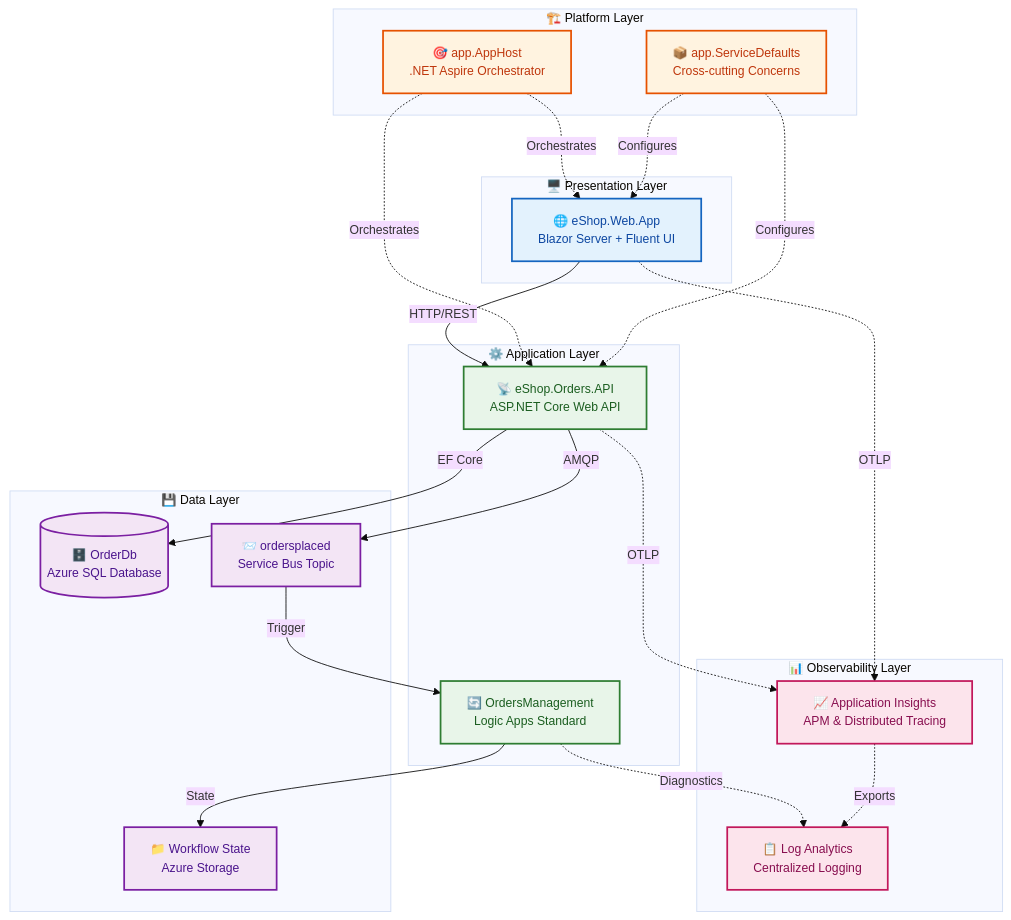
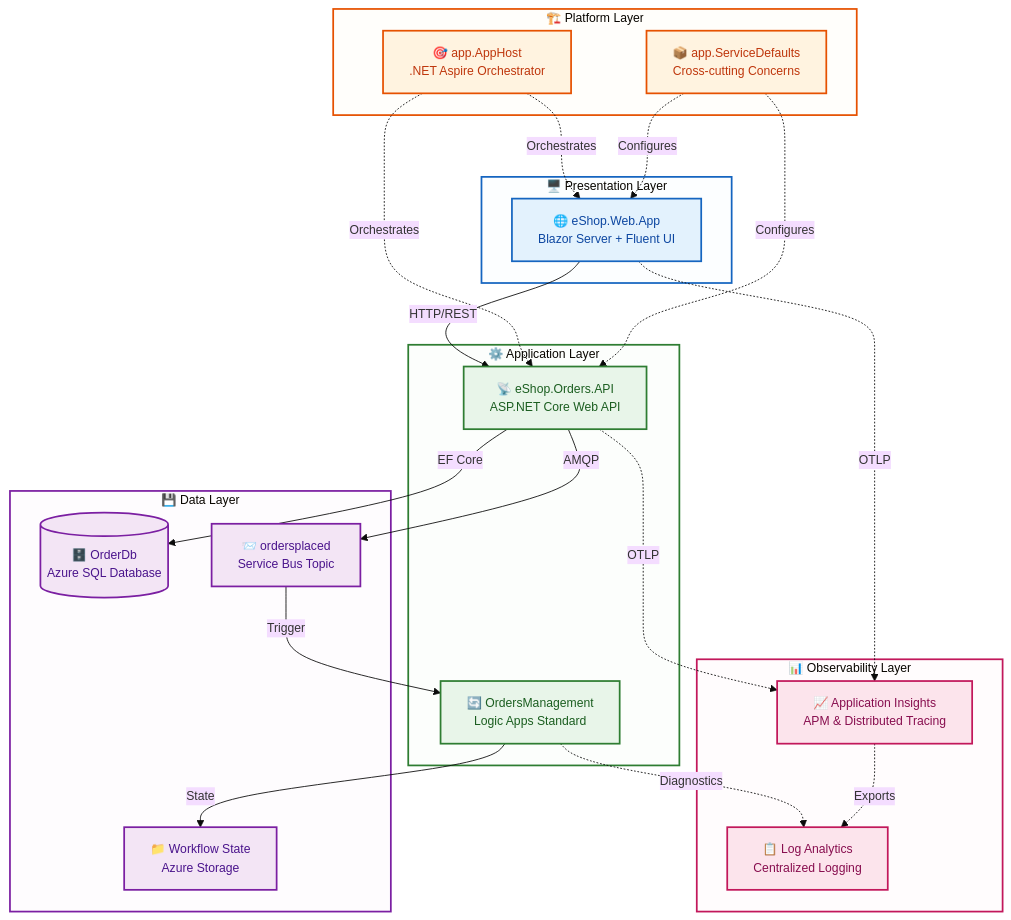
One commit to Evilazaro/Azure-LogicApps-Monitoring changed the diagram in docs/architecture/README.md. Above: the diagram before and after it, drawn with Mermaid.

Commit message:
Enhance architecture diagram with improved subgraph container styling for better visual layer grouping

````diff
--- a/docs/architecture/README.md
+++ b/docs/architecture/README.md
@@ -24,57 +24,64 @@
 ```mermaid
 %%{init: {'theme': 'base', 'themeVariables': { 'fontSize': '14px'}}}%%
 flowchart TD
     subgraph Presentation["🖥️ Presentation Layer"]
         WebApp["🌐 eShop.Web.App<br/>Blazor Server + Fluent UI"]
     end
 
     subgraph Application["⚙️ Application Layer"]
         API["📡 eShop.Orders.API<br/>ASP.NET Core Web API"]
         LogicApp["🔄 OrdersManagement<br/>Logic Apps Standard"]
     end
 
     subgraph Platform["🏗️ Platform Layer"]
         Aspire["🎯 app.AppHost<br/>.NET Aspire Orchestrator"]
         Defaults["📦 app.ServiceDefaults<br/>Cross-cutting Concerns"]
     end
 
     subgraph Data["💾 Data Layer"]
         SQL[("🗄️ OrderDb<br/>Azure SQL Database")]
         ServiceBus["📨 ordersplaced<br/>Service Bus Topic"]
         Storage["📁 Workflow State<br/>Azure Storage"]
     end
 
     subgraph Observability["📊 Observability Layer"]
         AppInsights["📈 Application Insights<br/>APM & Distributed Tracing"]
         LogAnalytics["📋 Log Analytics<br/>Centralized Logging"]
     end
 
     WebApp -->|"HTTP/REST"| API
     API -->|"EF Core"| SQL
     API -->|"AMQP"| ServiceBus
     ServiceBus -->|"Trigger"| LogicApp
     LogicApp -->|"State"| Storage
 
     Aspire -.->|"Orchestrates"| WebApp
     Aspire -.->|"Orchestrates"| API
     Defaults -.->|"Configures"| WebApp
     Defaults -.->|"Configures"| API
 
     WebApp -.->|"OTLP"| AppInsights
     API -.->|"OTLP"| AppInsights
     LogicApp -.->|"Diagnostics"| LogAnalytics
     AppInsights -.->|"Exports"| LogAnalytics
 
     %% Accessible color palette with explicit text colors for WCAG compliance
     classDef presentation fill:#e3f2fd,stroke:#1565c0,stroke-width:2px,color:#0d47a1
     classDef application fill:#e8f5e9,stroke:#2e7d32,stroke-width:2px,color:#1b5e20
     classDef platform fill:#fff3e0,stroke:#e65100,stroke-width:2px,color:#bf360c
     classDef data fill:#f3e5f5,stroke:#7b1fa2,stroke-width:2px,color:#4a148c
     classDef observability fill:#fce4ec,stroke:#c2185b,stroke-width:2px,color:#880e4f
 
     class WebApp presentation
     class API,LogicApp application
     class Aspire,Defaults platform
     class SQL,ServiceBus,Storage data
     class AppInsights,LogAnalytics observability
+
+    %% Subgraph container styling for visual layer grouping
+    style Presentation fill:#e3f2fd22,stroke:#1565c0,stroke-width:2px
+    style Application fill:#e8f5e922,stroke:#2e7d32,stroke-width:2px
+    style Platform fill:#fff3e022,stroke:#e65100,stroke-width:2px
+    style Data fill:#f3e5f522,stroke:#7b1fa2,stroke-width:2px
+    style Observability fill:#fce4ec22,stroke:#c2185b,stroke-width:2px
 ```
````
